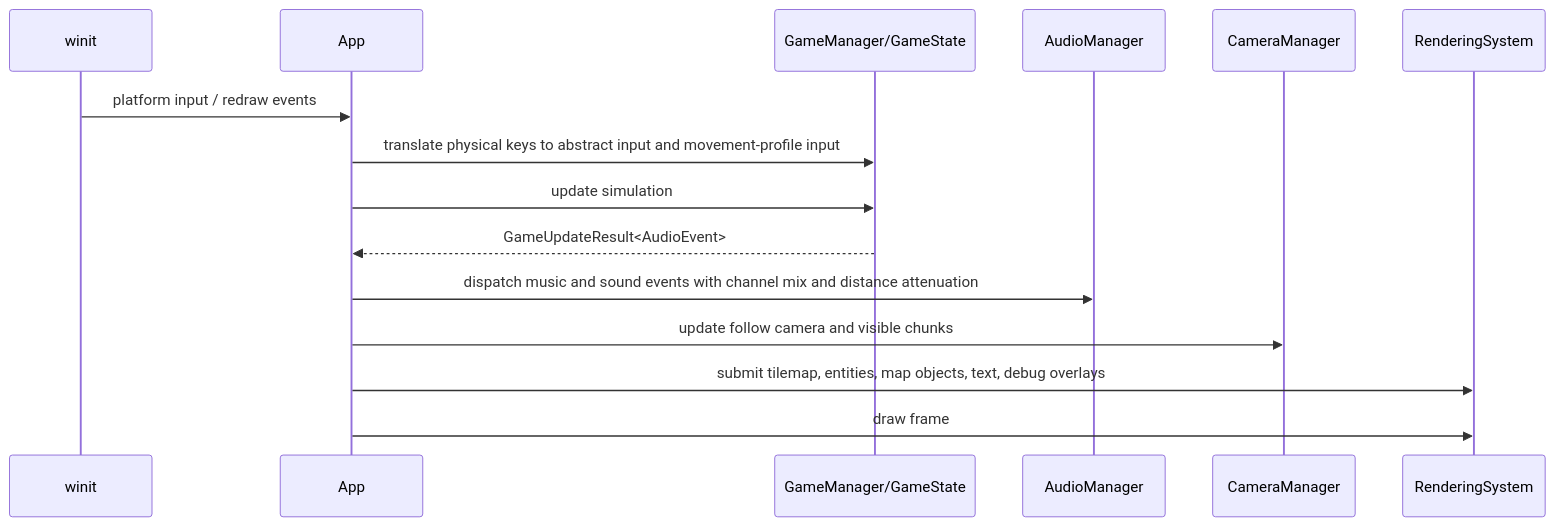
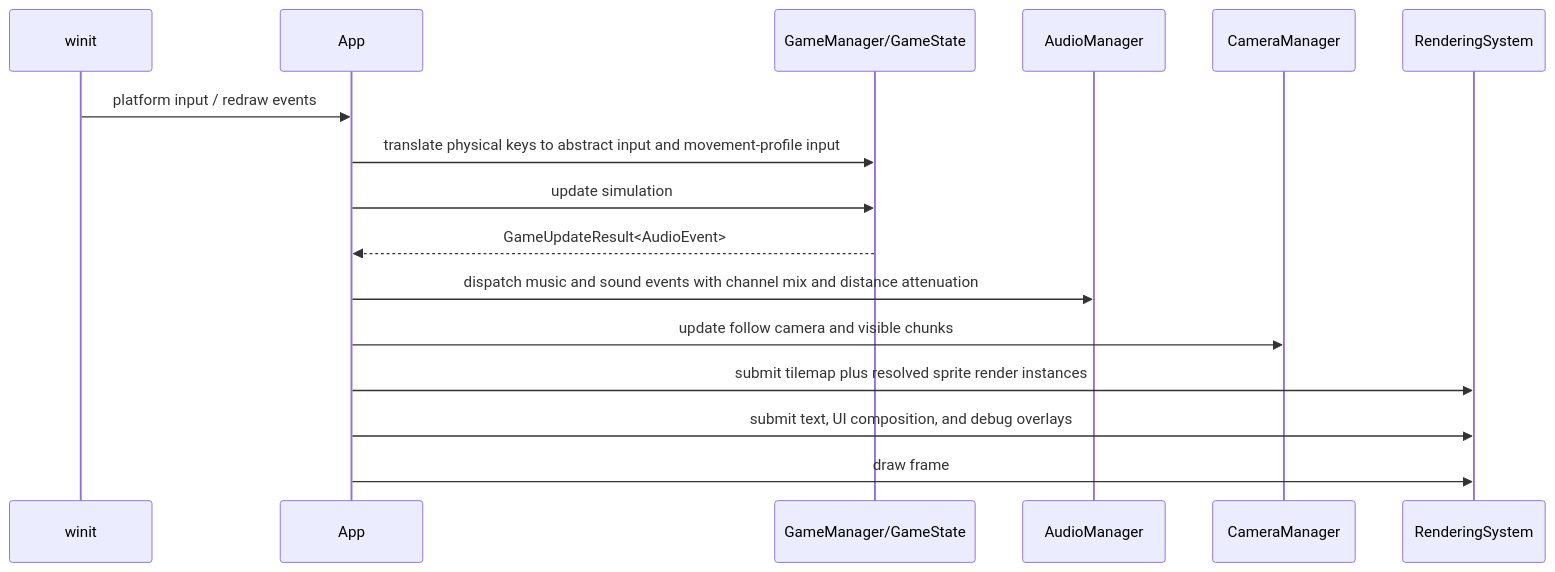
Before and after one commit to daredem0/ToKi: the seventh of 11 diagrams in docs/SDD_SAD.md, drawn with Mermaid. The commit also changed other lines of this file, not shown here.

````diff
--- a/docs/SDD_SAD.md
+++ b/docs/SDD_SAD.md
@@ -425,18 +534,19 @@
 ```mermaid
 sequenceDiagram
     participant W as winit
     participant A as App
     participant G as GameManager/GameState
     participant AU as AudioManager
     participant C as CameraManager
     participant RS as RenderingSystem
 
     W->>A: platform input / redraw events
     A->>G: translate physical keys to abstract input and movement-profile input
     A->>G: update simulation
     G-->>A: GameUpdateResult<AudioEvent>
     A->>AU: dispatch music and sound events with channel mix and distance attenuation
     A->>C: update follow camera and visible chunks
-    A->>RS: submit tilemap, entities, map objects, text, debug overlays
+    A->>RS: submit tilemap plus resolved sprite render instances
+    A->>RS: submit text, UI composition, and debug overlays
     A->>RS: draw frame
 ```
````
